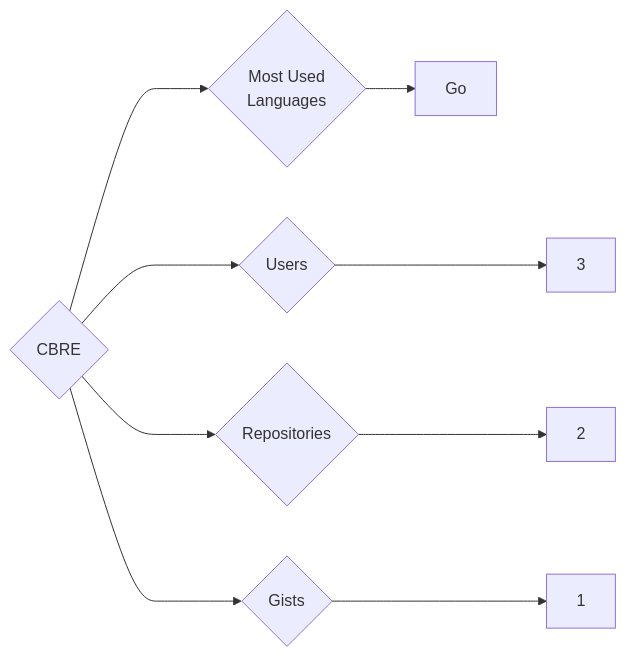
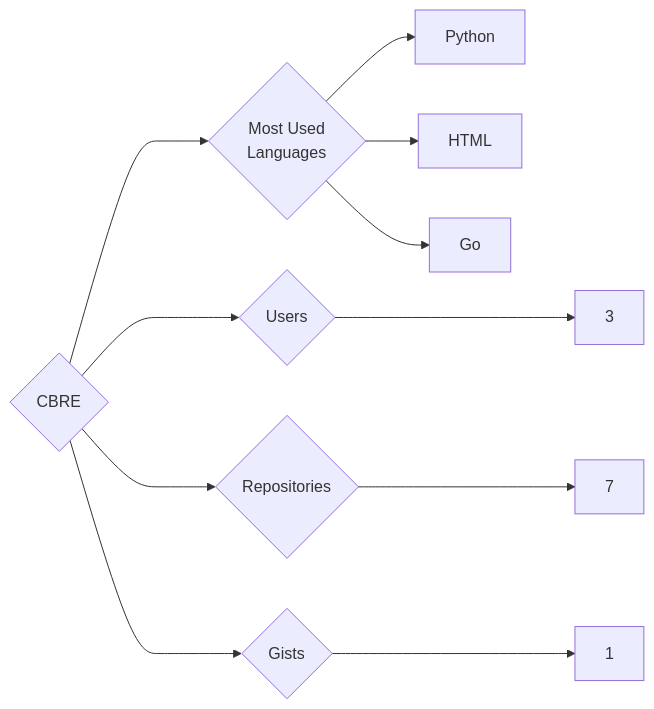
The diagram in targets/CBRE/README.md (trickest/insiders), drawn with Mermaid before and after one commit. The commit also changed 618 other files, not shown here.

````diff
--- a/targets/CBRE/README.md
+++ b/targets/CBRE/README.md
@@ -3,9 +3,11 @@
 ```mermaid
 graph LR
 COMPANY_NAME{CBRE}
 COMPANY_NAME ---> U{Users} ---> UN[3]
-COMPANY_NAME ---> R{Repositories} ---> RN[2]
+COMPANY_NAME ---> R{Repositories} ---> RN[7]
 COMPANY_NAME ---> G{Gists} ---> GN[1]
 COMPANY_NAME ---> ML{Most Used<br>Languages}
+ML --> Python[Python]
+ML --> HTML[HTML]
 ML --> Go[Go]
 ```
````
